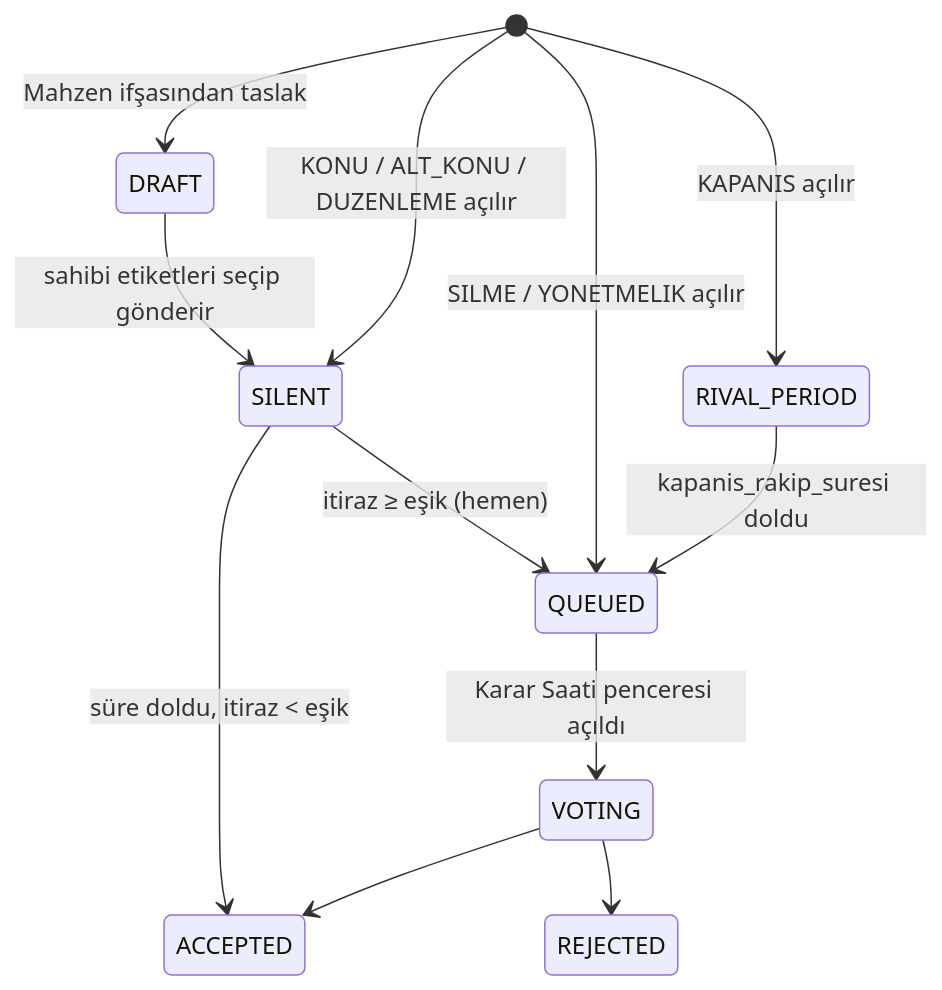
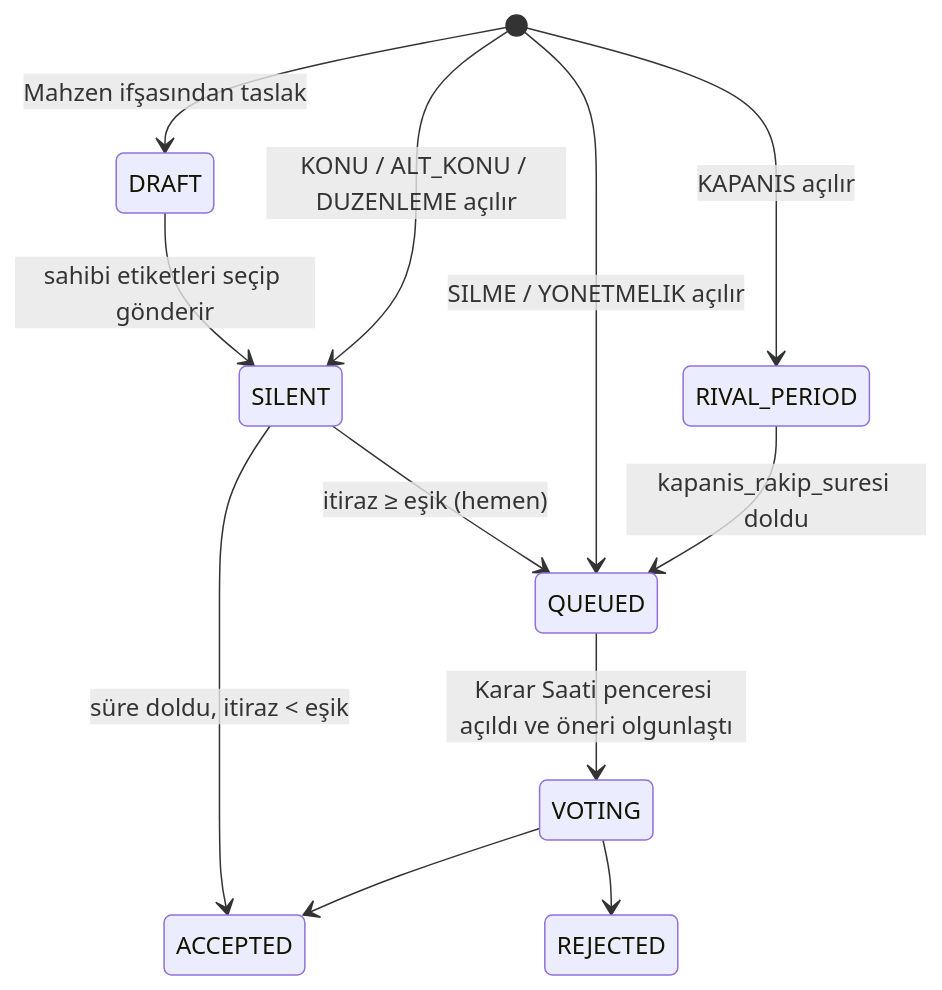
The second of 2 diagrams in DESIGN.md (tugra8005/SWENG-for-AI-assignment-1), drawn with Mermaid before and after one commit. The commit also changed other lines of this file and 2 other files, not shown here.

````diff
--- a/DESIGN.md
+++ b/DESIGN.md
@@ -209,14 +214,14 @@
 ```mermaid
 stateDiagram-v2
   [*] --> DRAFT: Mahzen ifşasından taslak
   [*] --> SILENT: KONU / ALT_KONU / DUZENLEME açılır
   [*] --> QUEUED: SILME / YONETMELIK açılır
   [*] --> RIVAL_PERIOD: KAPANIS açılır
   DRAFT --> SILENT: sahibi etiketleri seçip gönderir
   SILENT --> ACCEPTED: süre doldu, itiraz < eşik
   SILENT --> QUEUED: itiraz ≥ eşik (hemen)
   RIVAL_PERIOD --> QUEUED: kapanis_rakip_suresi doldu
-  QUEUED --> VOTING: Karar Saati penceresi açıldı
+  QUEUED --> VOTING: Karar Saati penceresi açıldı ve öneri olgunlaştı
   VOTING --> ACCEPTED
   VOTING --> REJECTED
 ```
````
